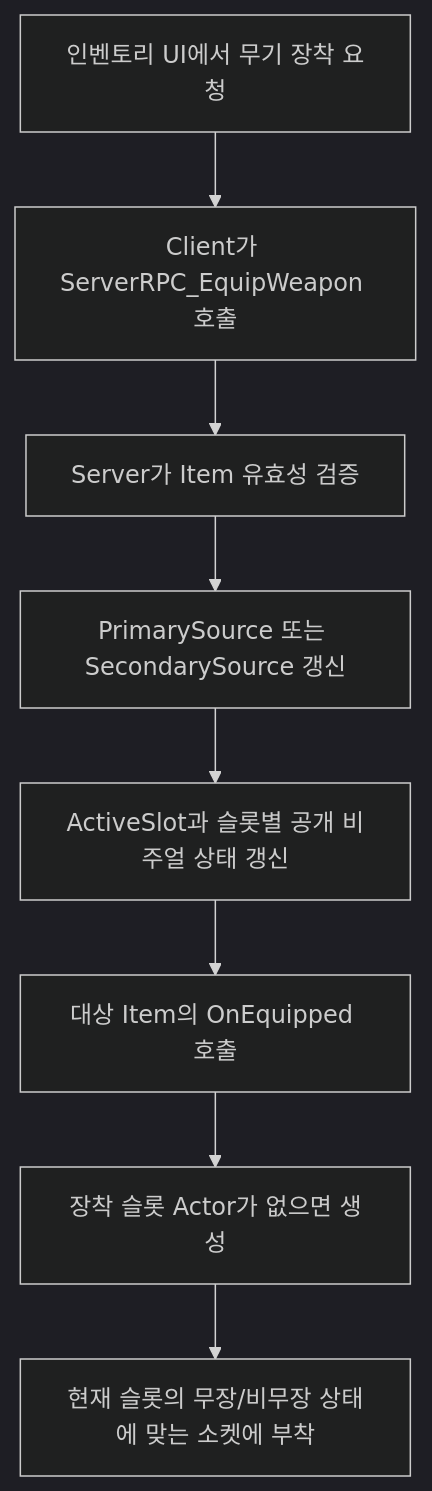
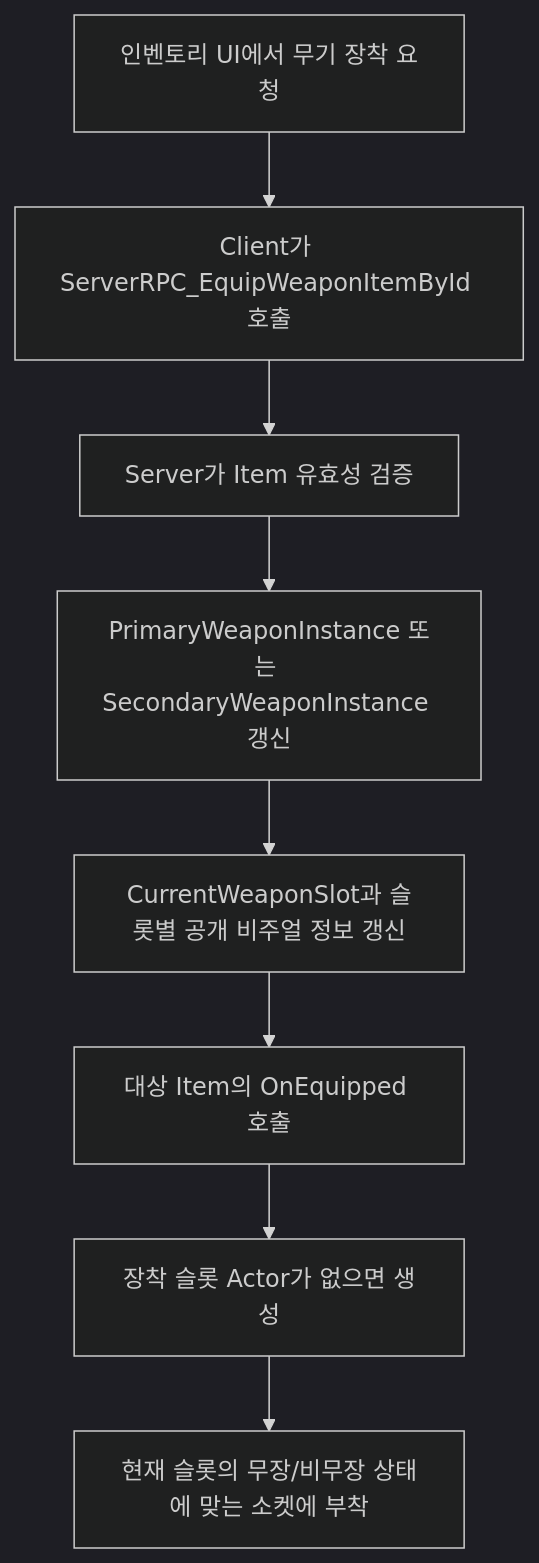
One commit to TeamApoc/ProjectR changed the first of 4 diagrams in Docs/[시스템 기획] 무기_장비.md. Above: the diagram before and after it, drawn with Mermaid (dark theme). The commit also changed other lines of this file and 18 other files, not shown here.

````diff
--- a/Docs/[시스템 기획] 무기_장비.md
+++ b/Docs/[시스템 기획] 무기_장비.md
@@ -184,10 +186,10 @@
 ```mermaid
 flowchart TD
-    A[인벤토리 UI에서 무기 장착 요청] --> B[Client가 ServerRPC_EquipWeapon 호출]
+    A[인벤토리 UI에서 무기 장착 요청] --> B[Client가 ServerRPC_EquipWeaponItemById 호출]
     B --> C[Server가 Item 유효성 검증]
-    C --> D[PrimarySource 또는 SecondarySource 갱신]
-    D --> E[ActiveSlot과 슬롯별 공개 비주얼 상태 갱신]
+    C --> D[PrimaryWeaponInstance 또는 SecondaryWeaponInstance 갱신]
+    D --> E[CurrentWeaponSlot과 슬롯별 공개 비주얼 정보 갱신]
     E --> F[대상 Item의 OnEquipped 호출]
     F --> G[장착 슬롯 Actor가 없으면 생성]
     G --> H[현재 슬롯의 무장/비무장 상태에 맞는 소켓에 부착]
 ```
````
